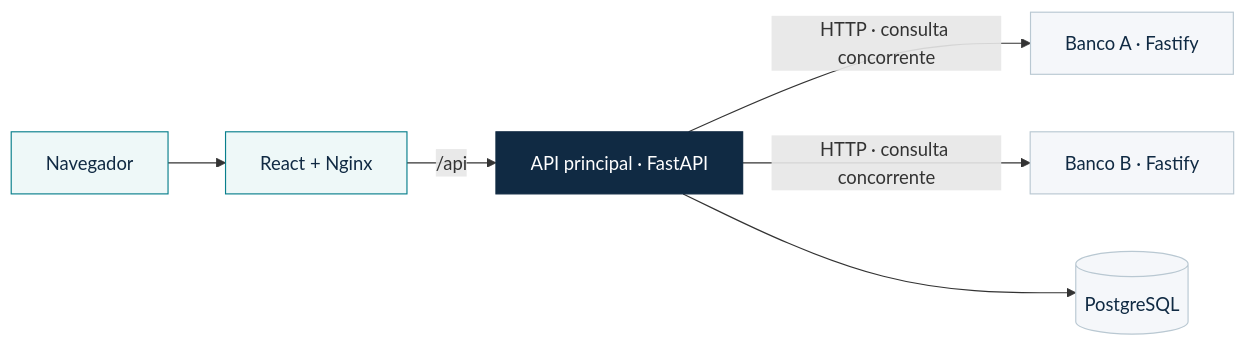
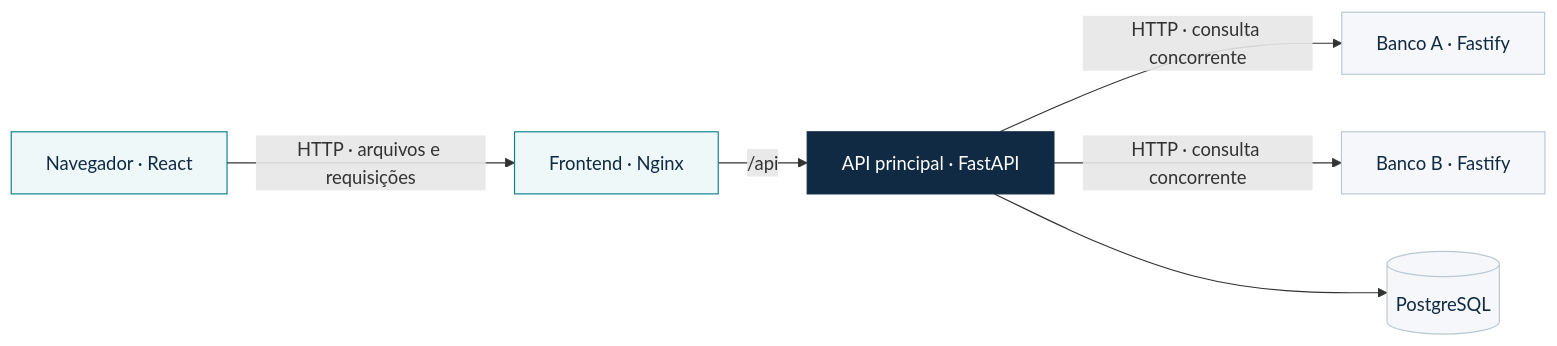
Before and after one commit to mateusmtorres23/credit-simulation-platform: the first of 2 diagrams in README.md, drawn with Mermaid. The commit also changed other lines of this file, not shown here.

Commit message:
docs: expand architecture and logical data model

````diff
--- a/README.md
+++ b/README.md
@@ -205,15 +210,15 @@
 ```mermaid
 flowchart LR
-    browser["Navegador"] --> web["React + Nginx"]
+    browser["Navegador · React"] -->|"HTTP · arquivos e requisições"| web["Frontend · Nginx"]
     web -->|"/api"| api["API principal · FastAPI"]
     api -->|"HTTP · consulta concorrente"| bankA["Banco A · Fastify"]
     api -->|"HTTP · consulta concorrente"| bankB["Banco B · Fastify"]
     api --> db[("PostgreSQL")]
 
     classDef interface fill:#eef8f8,stroke:#087f8c,color:#102a43
     classDef backend fill:#102a43,stroke:#102a43,color:#ffffff
     classDef dependency fill:#f5f7fa,stroke:#b9c8d2,color:#102a43
     class browser,web interface
     class api backend
     class bankA,bankB,db dependency
 ```
````
